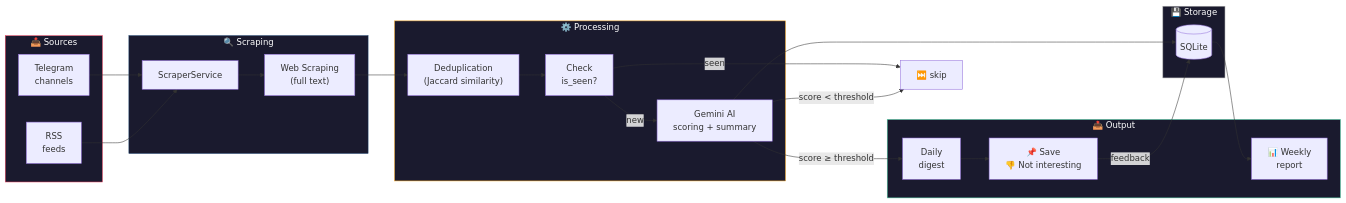
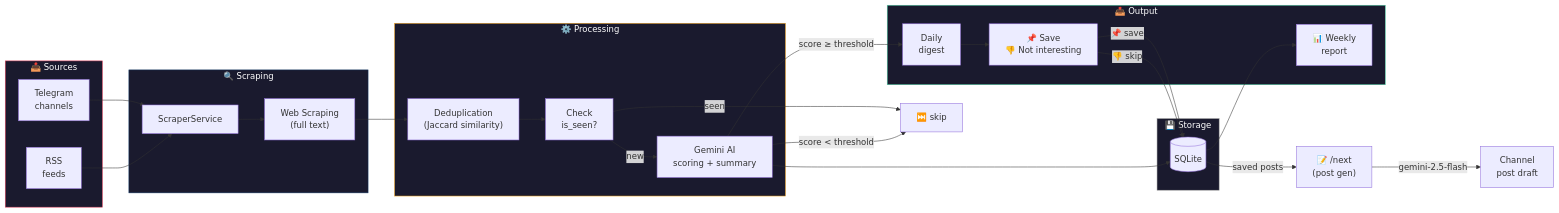
One commit to Aranaur/palantir changed the first of 2 diagrams in README.md. Above: the diagram before and after it, drawn with Mermaid. The commit also changed other lines of this file, not shown here.

Commit message:
feat: add /next command for AI-powered channel post generation from saved materials

````diff
--- a/README.md
+++ b/README.md
@@ -28,48 +28,51 @@
 ```mermaid
 flowchart LR
     subgraph Sources["📥 Sources"]
         TG["Telegram\nchannels"]
         RSS["RSS\nfeeds"]
     end
 
     subgraph Scraper["🔍 Scraping"]
         S["ScraperService"]
         WEB["Web Scraping\n(full text)"]
     end
 
     subgraph Processing["⚙️ Processing"]
         DD["Deduplication\n(Jaccard similarity)"]
         DB_CHECK["Check\nis_seen?"]
         AI["Gemini AI\nscoring + summary"]
     end
 
     subgraph Output["📤 Output"]
         DIGEST["Daily\ndigest"]
         BUTTONS["📌 Save\n👎 Not interesting"]
         REPORT["📊 Weekly\nreport"]
     end
 
     subgraph Storage["💾 Storage"]
         DB[(SQLite)]
     end
 
     TG --> S
     RSS --> S
     S --> WEB
     WEB --> DD
     DD --> DB_CHECK
     DB_CHECK -->|new| AI
     DB_CHECK -->|seen| SKIP["⏭️ skip"]
     AI -->|"score ≥ threshold"| DIGEST
     AI -->|"score < threshold"| SKIP
     DIGEST --> BUTTONS
-    BUTTONS -->|feedback| DB
+    BUTTONS -->|"📌 save"| DB
+    BUTTONS -->|"👎 skip"| DB
     AI --> DB
     DB --> REPORT
+    DB -->|saved posts| NEXT["📝 /next\n(post gen)"]
+    NEXT -->|"gemini-2.5-flash"| POSTGEN["Channel\npost draft"]
 
     style Sources fill:#1a1a2e,stroke:#e94560,color:#fff
     style Scraper fill:#1a1a2e,stroke:#0f3460,color:#fff
     style Processing fill:#1a1a2e,stroke:#f5a623,color:#fff
     style Output fill:#1a1a2e,stroke:#4ecca3,color:#fff
     style Storage fill:#1a1a2e,stroke:#a8a8a8,color:#fff
 ```
````
